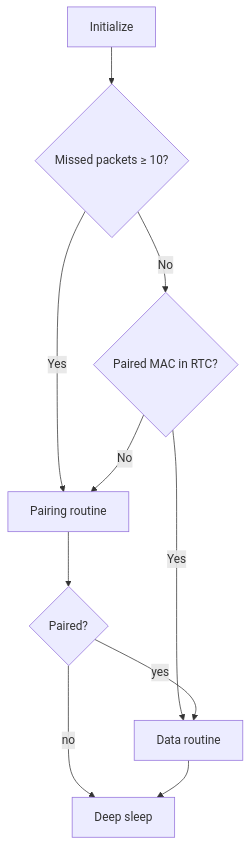
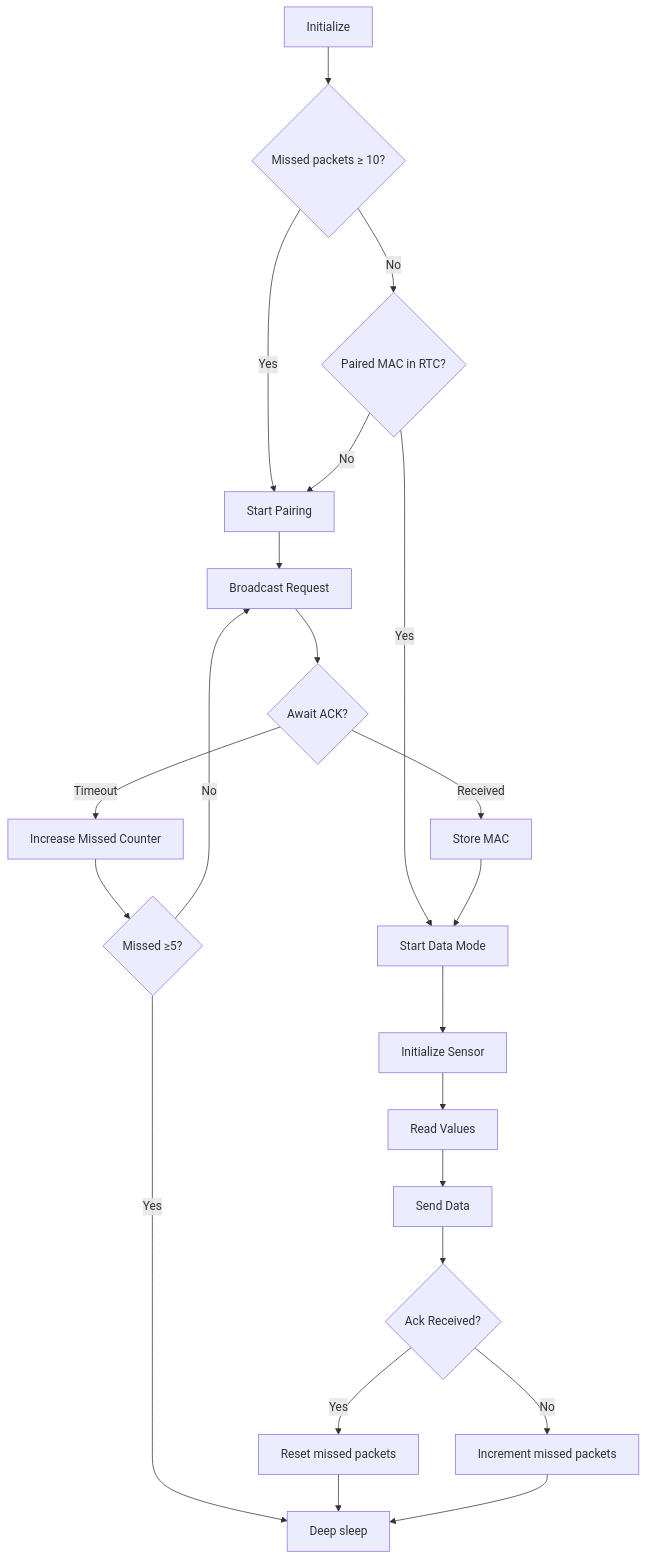
One commit to oisteink/zenith changed the diagram in zenith-node/readme.md. Above: the diagram before and after it, drawn with Mermaid. The commit also changed other lines of this file, not shown here.

Commit message:
Moar mermaids!
The mermaids are bitches!

````diff
--- a/zenith-node/readme.md
+++ b/zenith-node/readme.md
@@ -6,13 +5,26 @@
 ```mermaid
-graph TD
-    A1[Initialize]
-    A1 --> A2{Missed packets ≥ 10?}
-    A2 -->|Yes| A3[Pairing routine]
-    A2 -->|No| A4{Paired MAC in RTC?}
-    A4 -->|No| A3
-    A4 -->|Yes| A5[Data routine]
-    A3 --> A6{Paired?}
-    A6 --> |yes| A5
-    A6 --> |no| A7[Deep sleep]
-    A5 --> A7
+flowchart TD
+    A1["Initialize"]
+    A1 --> A2{"Missed packets ≥ 10?"}
+    A2 -->|Yes| B1
+    A2 -->|No| A4{"Paired MAC in RTC?"}
+    A4 -->|No| B1
+    A4 -->|Yes| C1
+    A5["Deep sleep"]
+    B1["Start Pairing"] --> B2["Broadcast Request"]
+    B2 --> B3{"Await ACK?"}
+    B3 -->|Received| B5["Store MAC"]
+    B3 -->|Timeout| B6["Increase Missed Counter"]
+    B6 --> B7{"Missed ≥5?"}
+    B7 -->|Yes| A5
+    B7 -->|No| B2
+    B5 --> C1
+    C1["Start Data Mode"] --> C2["Initialize Sensor"]  
+    C2 --> C3["Read Values"]  
+    C3 --> C4["Send Data"]  
+    C4 --> C5{"Ack Received?"}  
+    C5 -->|Yes| C6["Reset missed packets"]  
+    C5 -->|No| C7["Increment missed packets"]  
+    C6 --> A5
+    C7 --> A5
 ```
````
